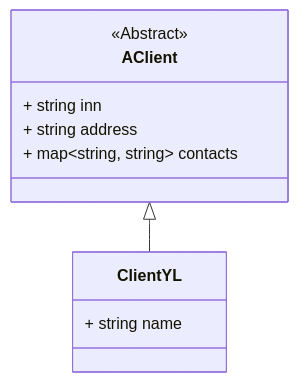
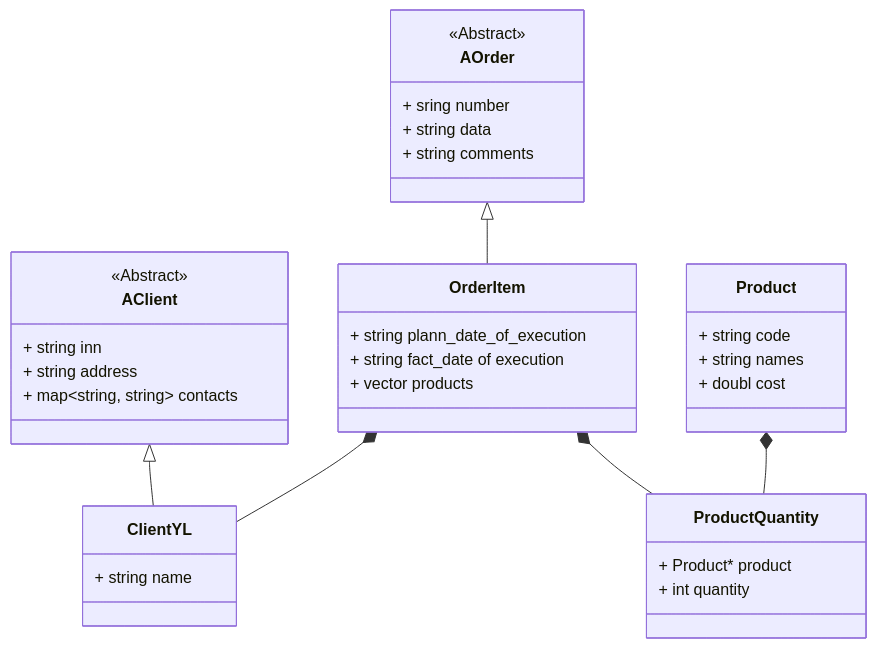
Before and after one commit to it-top-shambala/Planner: the diagram in class_diagram.md, drawn with Mermaid. The commit also changed other lines of this file, not shown here.

Commit message:
Добавила классы AccountingForOrders и ProductionOfProducts

````diff
--- a/class_diagram.md
+++ b/class_diagram.md
@@ -2,15 +3,45 @@
 ```mermaid
 classDiagram
     class AClient {
         <<Abstract>>
 
         + string inn
         + string address
         + map~string, string~ contacts
     }
 
     AClient <|-- ClientYL
     class ClientYL {
         + string name
     }
+
+    class AOrder {
+        <<Abstract>>
+
+       + sring number
+       + string data
+       + string comments
+    }
+    AOrder <|-- OrderItem
+    OrderItem *-- ProductQuantity
+    OrderItem *-- ClientYL
+    class OrderItem {
+       + string plann_date_of_execution
+       + string fact_date of execution
+       + vector<ProductQuantity> products
+
+    }
+
+    Product *-- ProductQuantity
+    class Product {
+       + string code
+       + string names
+       + doubl cost
+ } 
+
+    class ProductQuantity {
+    + Product* product
+    + int quantity
+}
+
 ```
````
